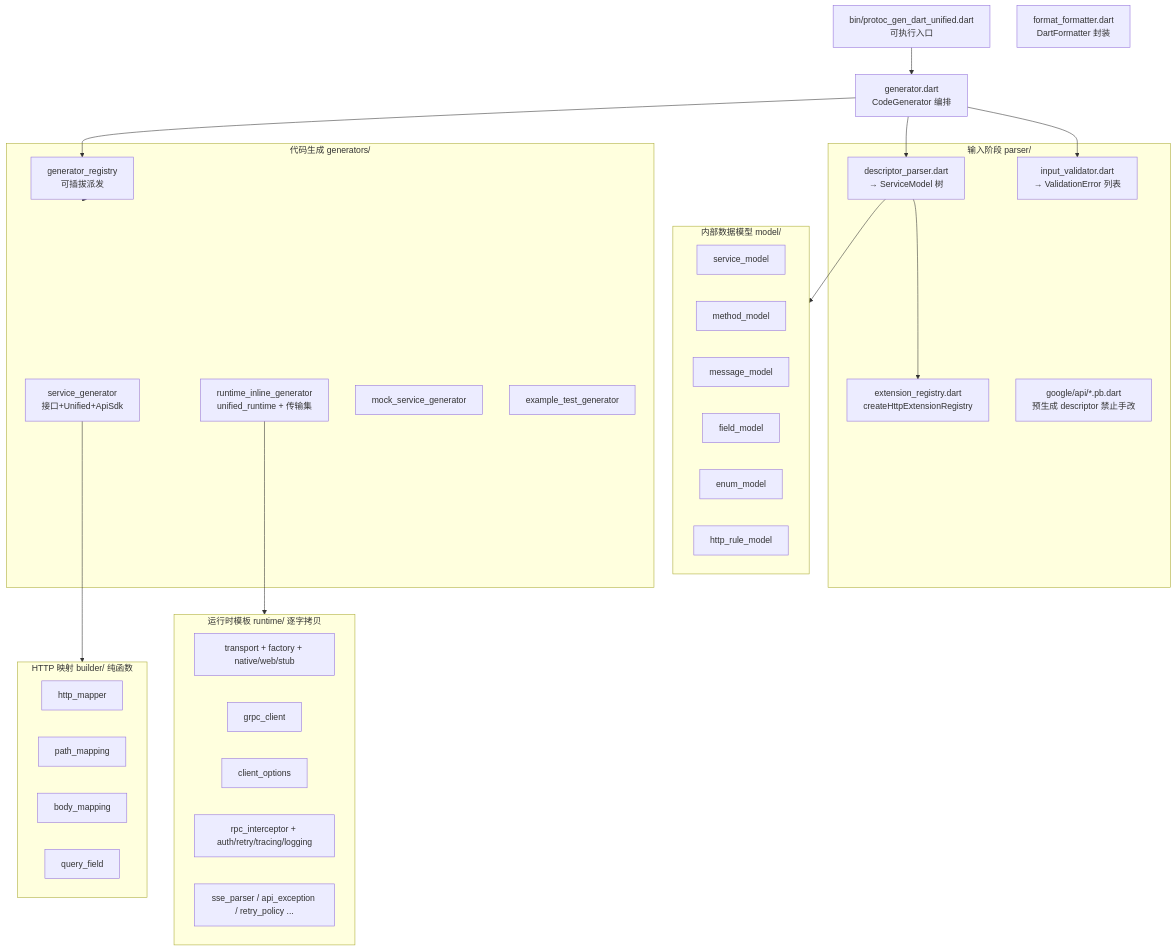
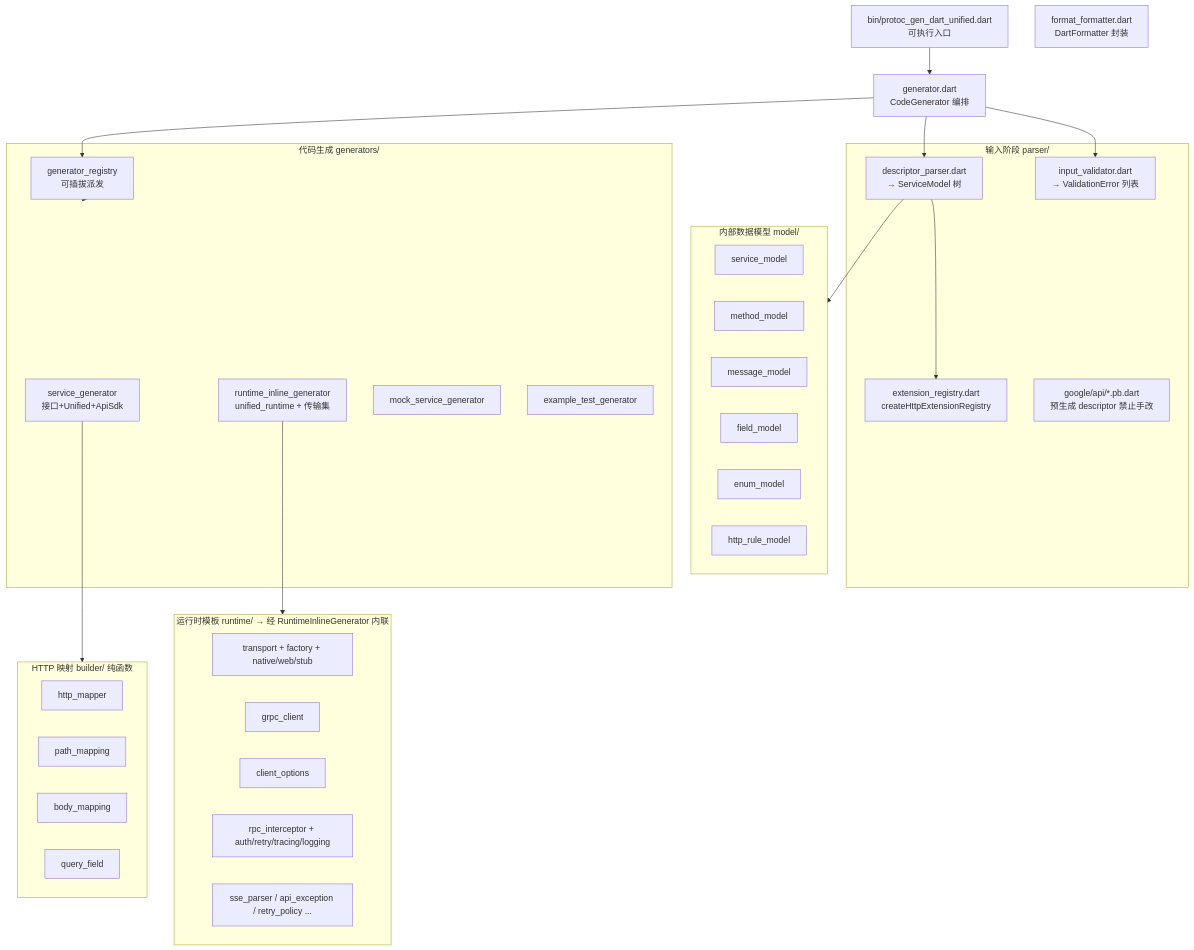
Before and after one commit to fred29910/protoc-gen-dart-unified: the second of 5 diagrams in docs/architecture.md, drawn with Mermaid. The commit also changed other lines of this file and 4 other files, not shown here.

First line of the commit message:
docs: sync AGENTS.md + architecture.md to actual code

````diff
--- a/docs/architecture.md
+++ b/docs/architecture.md
@@ -72,55 +73,55 @@
 ```mermaid
 flowchart TD
     bin[bin/protoc_gen_dart_unified.dart<br/>可执行入口]
     gen[generator.dart<br/>CodeGenerator 编排]
     fmt[format_formatter.dart<br/>DartFormatter 封装]
 
     subgraph INPUT [输入阶段 parser/]
         dp[descriptor_parser.dart<br/>→ ServiceModel 树]
         er[extension_registry.dart<br/>createHttpExtensionRegistry]
         iv[input_validator.dart<br/>→ ValidationError 列表]
         ga[google/api/*.pb.dart<br/>预生成 descriptor 禁止手改]
     end
 
     subgraph MODEL [内部数据模型 model/]
         sm[service_model]
         mm[method_model]
         msg[message_model]
         fm[field_model]
         em[enum_model]
         hm[http_rule_model]
     end
 
     subgraph BUILD [HTTP 映射 builder/ 纯函数]
         hm2[http_mapper]
         pm[path_mapping]
         bm[body_mapping]
         qf[query_field]
     end
 
     subgraph GEN [代码生成 generators/]
         gr[generator_registry<br/>可插拔派发]
         sg[service_generator<br/>接口+Unified+ApiSdk]
         rig[runtime_inline_generator<br/>unified_runtime + 传输集]
         mg[mock_service_generator]
         etg[example_test_generator]
     end
 
-    subgraph RT [运行时模板 runtime/ 逐字拷贝]
+    subgraph RT [运行时模板 runtime/ → 经 RuntimeInlineGenerator 内联]
         tr[transport + factory + native/web/stub]
         gc[grpc_client]
         co[client_options]
         ri[rpc_interceptor + auth/retry/tracing/logging]
         misc[sse_parser / api_exception / retry_policy ...]
     end
 
     bin --> gen
     gen --> iv
     gen --> dp
     gen --> gr
     dp --> er
     dp --> MODEL
     sg --> BUILD
     gr --> GEN
     rig --> RT
 ```
````
